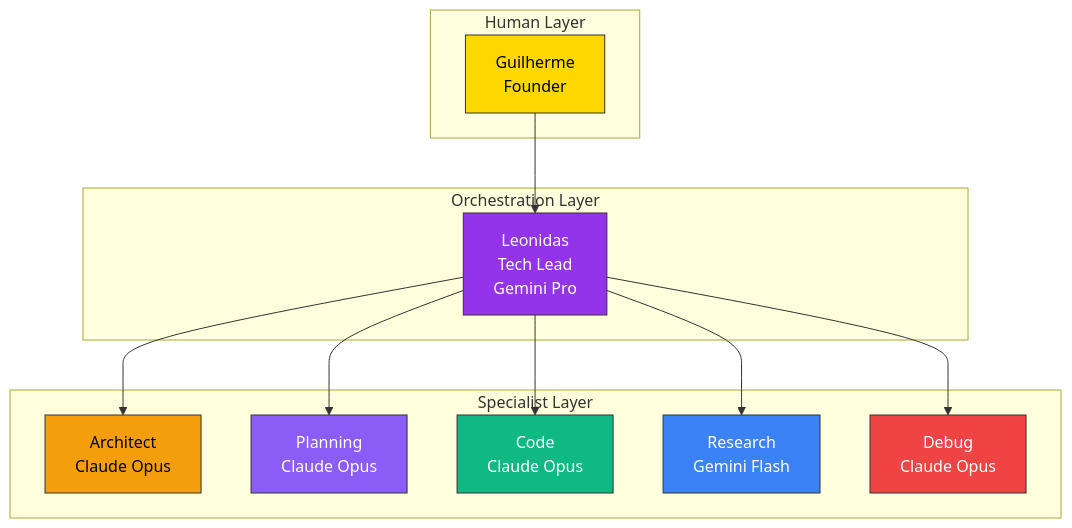
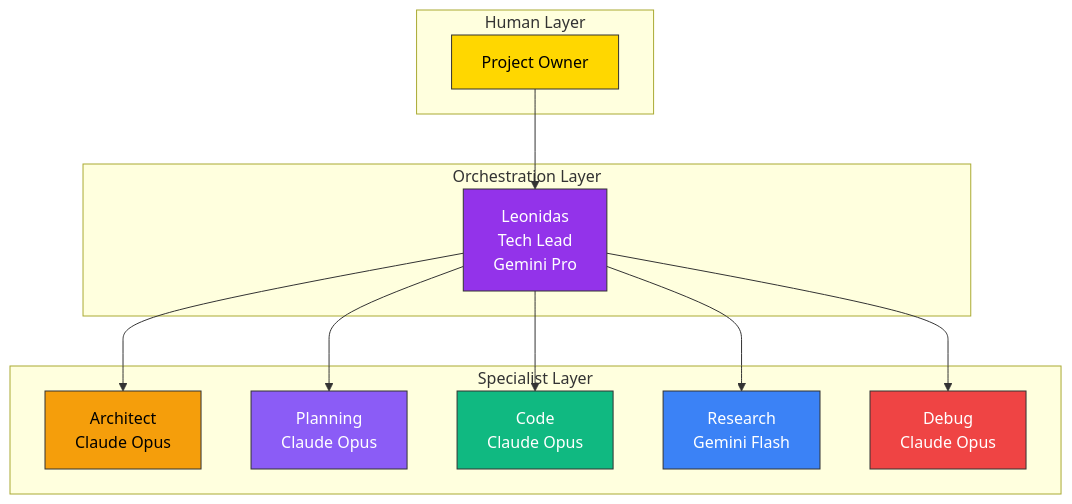
The first of 8 diagrams in .opencode/specs/OPENCODE_ARCHITECTURE.md (nonexphere/opencode-template), drawn with Mermaid before and after one commit. The commit also changed other lines of this file and 31 other files, not shown here.

````diff
--- a/.opencode/specs/OPENCODE_ARCHITECTURE.md
+++ b/.opencode/specs/OPENCODE_ARCHITECTURE.md
@@ -118,29 +118,29 @@
 ```mermaid
 flowchart TD
-    subgraph Founder["Human Layer"]
-        F[Guilherme<br/>Founder]
+    subgraph Owner["Human Layer"]
+        F[Project Owner]
     end
     
     subgraph Orchestration["Orchestration Layer"]
         L[Leonidas<br/>Tech Lead<br/>Gemini Pro]
     end
     
     subgraph Specialists["Specialist Layer"]
         A[Architect<br/>Claude Opus]
         P[Planning<br/>Claude Opus]
         C[Code<br/>Claude Opus]
         R[Research<br/>Gemini Flash]
         D[Debug<br/>Claude Opus]
     end
     
     F --> L
     L --> A & P & C & R & D
     
     style F fill:#FFD700,stroke:#333,color:#000
     style L fill:#9333EA,stroke:#333,color:#fff
     style A fill:#F59E0B,stroke:#333,color:#000
     style P fill:#8B5CF6,stroke:#333,color:#fff
     style C fill:#10B981,stroke:#333,color:#fff
     style R fill:#3B82F6,stroke:#333,color:#fff
     style D fill:#EF4444,stroke:#333,color:#fff
 ```
````
